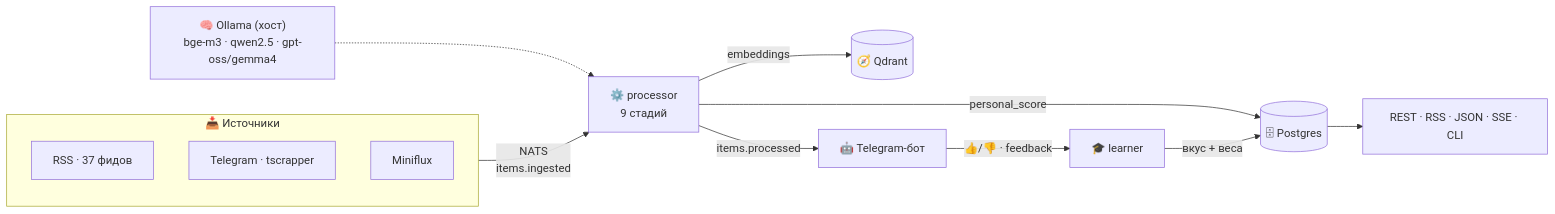
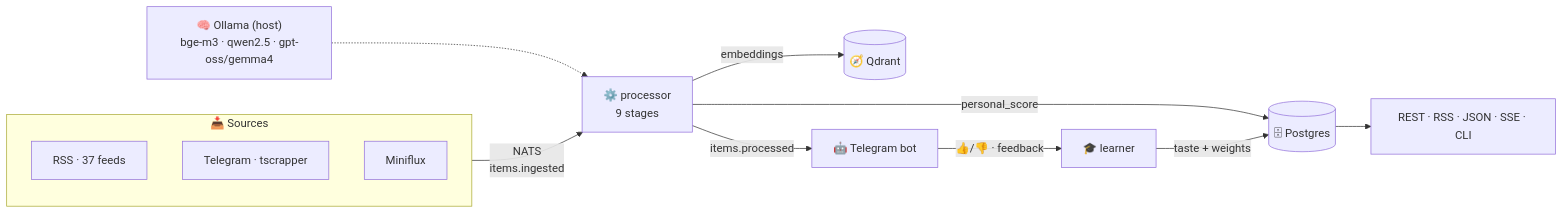
One commit to dream-x/homyak changed the first of 2 diagrams in README.md. Above: the diagram before and after it, drawn with Mermaid. The commit also changed other lines of this file and 3 other files, not shown here.

Commit message:
docs: bilingual README + architecture (EN default, RU) with language switchers; add tscrapper section

````diff
--- a/README.md
+++ b/README.md
@@ -52,16 +54,16 @@
 ```mermaid
 flowchart LR
-    subgraph SRC["📥 Источники"]
-      RSS["RSS · 37 фидов"]
+    subgraph SRC["📥 Sources"]
+      RSS["RSS · 37 feeds"]
       TG["Telegram · tscrapper"]
       MF["Miniflux"]
     end
-    SRC -->|"NATS<br/>items.ingested"| PROC["⚙️ processor<br/>9 стадий"]
+    SRC -->|"NATS<br/>items.ingested"| PROC["⚙️ processor<br/>9 stages"]
     PROC -->|"personal_score"| PG[("🗄 Postgres")]
     PROC -->|"embeddings"| QD[("🧭 Qdrant")]
-    PROC -->|"items.processed"| BOT["🤖 Telegram-бот"]
+    PROC -->|"items.processed"| BOT["🤖 Telegram bot"]
     BOT -->|"👍/👎 · feedback"| LRN["🎓 learner"]
-    LRN -->|"вкус + веса"| PG
-    OLL["🧠 Ollama (хост)<br/>bge-m3 · qwen2.5 · gpt-oss/gemma4"] -.-> PROC
+    LRN -->|"taste + weights"| PG
+    OLL["🧠 Ollama (host)<br/>bge-m3 · qwen2.5 · gpt-oss/gemma4"] -.-> PROC
     PG --> OUT["REST · RSS · JSON · SSE · CLI"]
 ```
````
